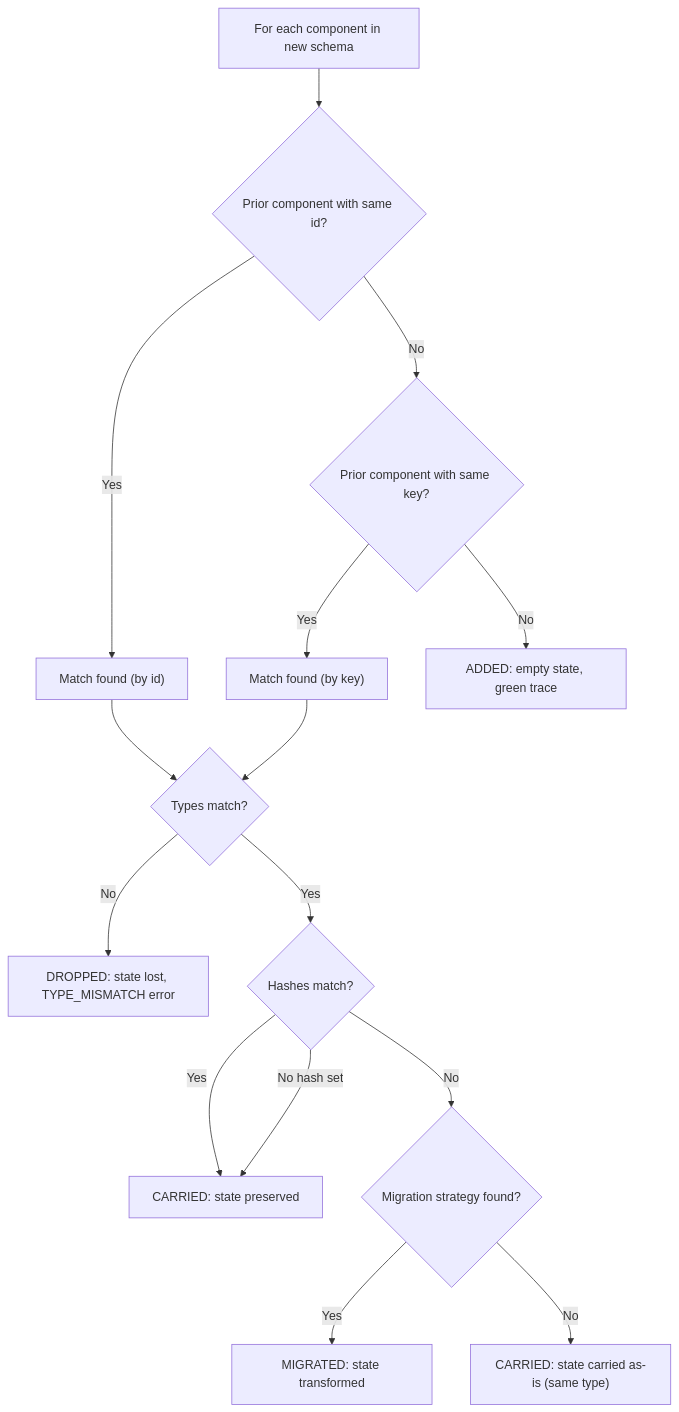
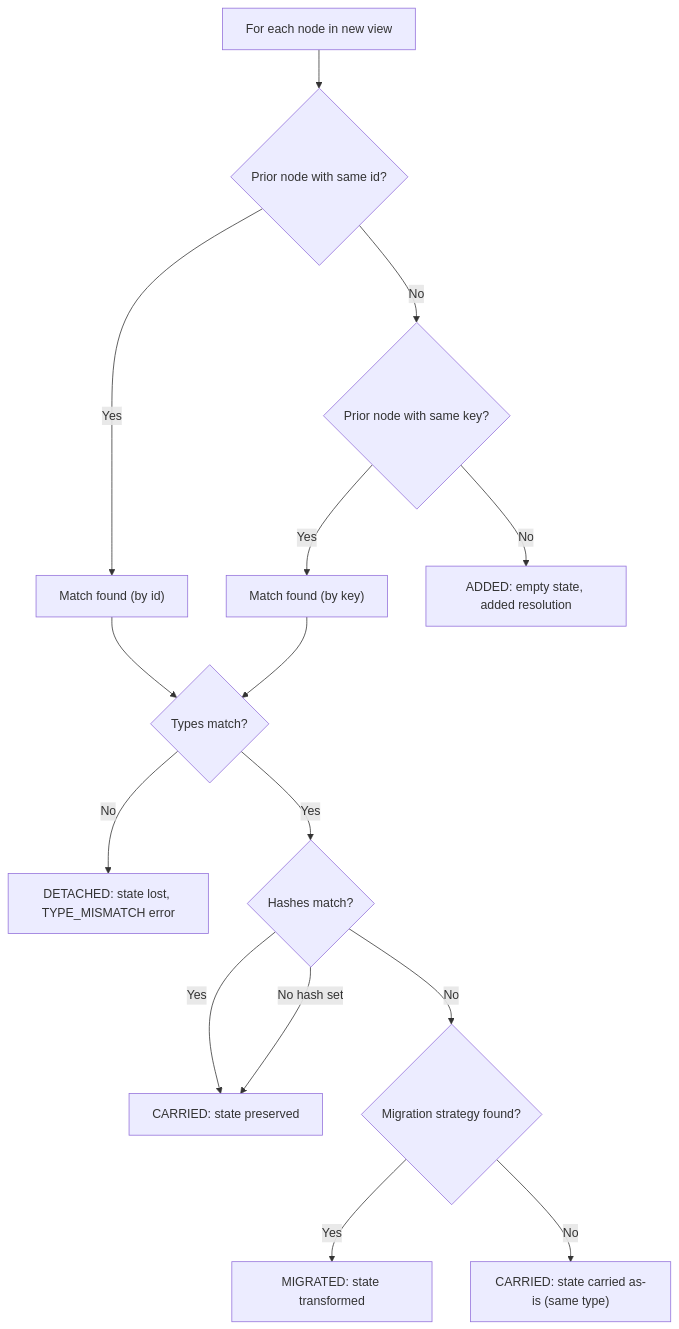
Before and after one commit to brytoncooper/continuum-dev: the diagram in docs/SCHEMA_CONTRACT.md, drawn with Mermaid. The commit also changed other lines of this file and 12 other files, not shown here.

````diff
--- a/docs/SCHEMA_CONTRACT.md
+++ b/docs/SCHEMA_CONTRACT.md
@@ -104,21 +188,21 @@
 ```mermaid
 flowchart TD
-    Start["For each component in new schema"] --> MatchId{"Prior component with same id?"}
+    Start["For each node in new view"] --> MatchId{"Prior node with same id?"}
     MatchId -->|Yes| Matched["Match found (by id)"]
-    MatchId -->|No| MatchKey{"Prior component with same key?"}
+    MatchId -->|No| MatchKey{"Prior node with same key?"}
     MatchKey -->|Yes| Matched2["Match found (by key)"]
-    MatchKey -->|No| Added["ADDED: empty state, green trace"]
+    MatchKey -->|No| Added["ADDED: empty state, added resolution"]
 
     Matched --> TypeCheck{"Types match?"}
     Matched2 --> TypeCheck
 
-    TypeCheck -->|No| Dropped["DROPPED: state lost, TYPE_MISMATCH error"]
+    TypeCheck -->|No| Detached["DETACHED: state lost, TYPE_MISMATCH error"]
     TypeCheck -->|Yes| HashCheck{"Hashes match?"}
 
     HashCheck -->|Yes| Carried["CARRIED: state preserved"]
     HashCheck -->|No| Migrate{"Migration strategy found?"}
     HashCheck -->|"No hash set"| Carried
 
     Migrate -->|Yes| Migrated["MIGRATED: state transformed"]
     Migrate -->|No| FallbackCarry["CARRIED: state carried as-is (same type)"]
 ```
````
